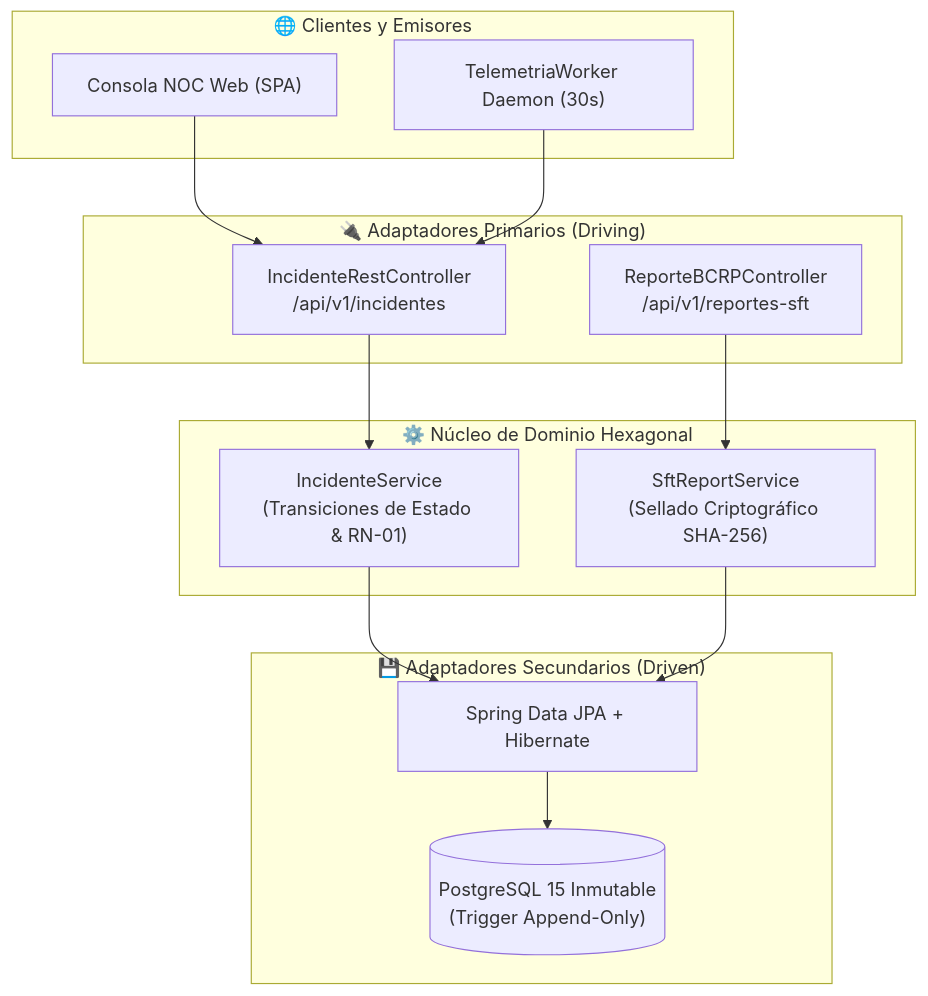
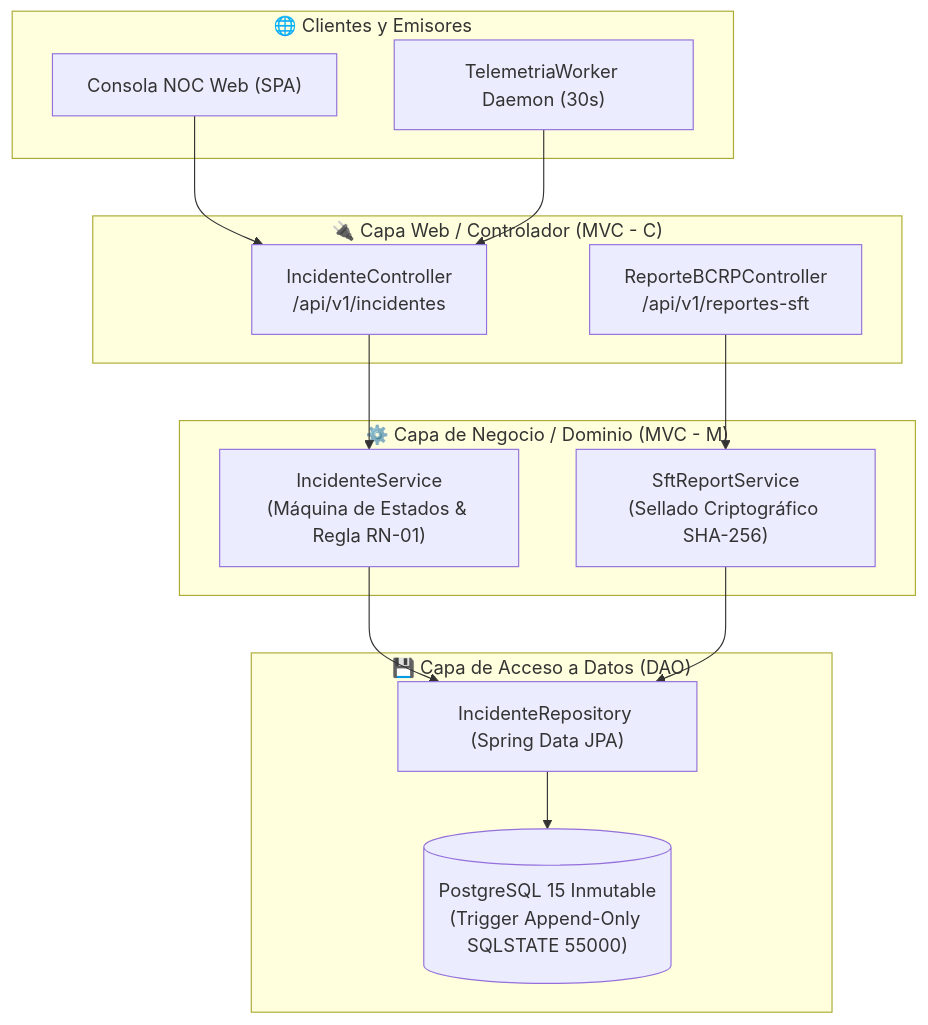
The diagram in README.md (frankitoromas-tech/sigir-bcrp), drawn with Mermaid before and after one commit. The commit also changed other lines of this file and 14 other files, not shown here.

````diff
--- a/README.md
+++ b/README.md
@@ -106,30 +87,30 @@
 ```mermaid
 flowchart TD
-    subgraph CLIENTS ["🌐 Clientes y Emisores"]
+    subgraph CLIENTES ["🌐 Clientes y Emisores"]
         NOC["Consola NOC Web (SPA)"]
         CRON["TelemetriaWorker Daemon (30s)"]
     end
 
-    subgraph ADAPTERS_IN ["🔌 Adaptadores Primarios (Driving)"]
-        REST["IncidenteRestController<br/>/api/v1/incidentes"]
+    subgraph WEB ["🔌 Capa Web / Controlador (MVC - C)"]
+        REST["IncidenteController<br/>/api/v1/incidentes"]
         REP["ReporteBCRPController<br/>/api/v1/reportes-sft"]
     end
 
-    subgraph DOMAIN ["⚙️ Núcleo de Dominio Hexagonal"]
-        SVC["IncidenteService<br/>(Transiciones de Estado & RN-01)"]
+    subgraph DOMAIN ["⚙️ Capa de Negocio / Dominio (MVC - M)"]
+        SVC["IncidenteService<br/>(Máquina de Estados & Regla RN-01)"]
         SFT["SftReportService<br/>(Sellado Criptográfico SHA-256)"]
     end
 
-    subgraph ADAPTERS_OUT ["💾 Adaptadores Secundarios (Driven)"]
-        JPA["Spring Data JPA + Hibernate"]
-        PG[("PostgreSQL 15 Inmutable<br/>(Trigger Append-Only)")]
+    subgraph DAO ["💾 Capa de Acceso a Datos (DAO)"]
+        JPA["IncidenteRepository (Spring Data JPA)"]
+        PG[("PostgreSQL 15 Inmutable<br/>(Trigger Append-Only SQLSTATE 55000)")]
     end
 
     NOC --> REST
     CRON --> REST
     REST --> SVC
     REP --> SFT
     SVC --> JPA
     SFT --> JPA
     JPA --> PG
 ```
````
